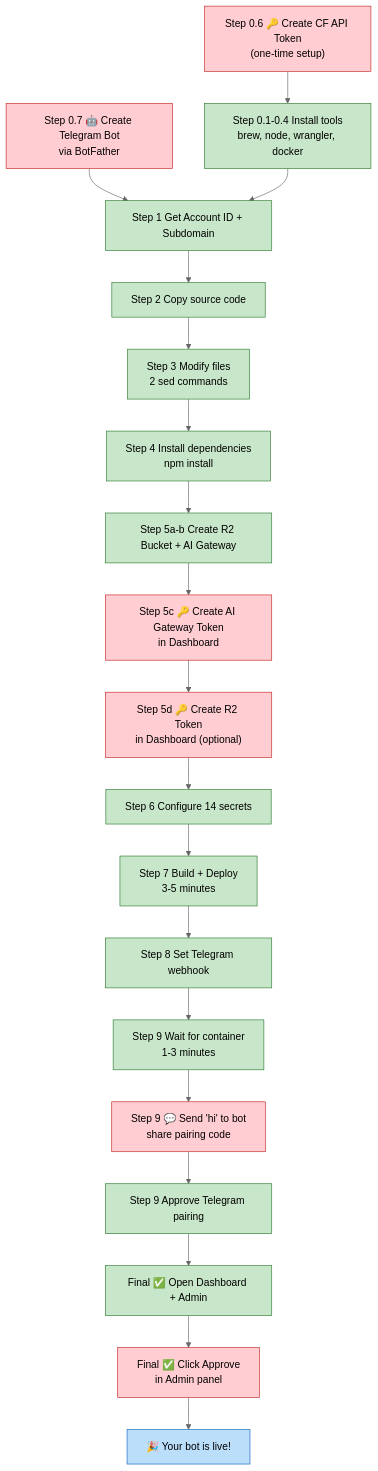
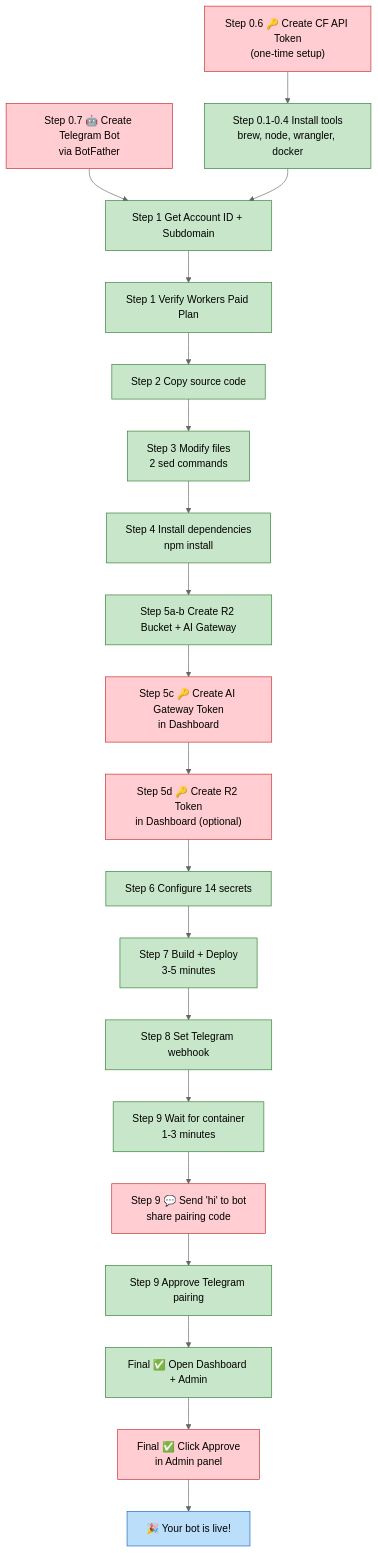
The first of 2 diagrams in README.md (laucw1213/deploy-openclaw), drawn with Mermaid (neutral theme) before and after one commit. The commit also changed other lines of this file, not shown here.

Commit message:
README: add plan verification step to table and flow diagram

````diff
--- a/README.md
+++ b/README.md
@@ -61,25 +61,26 @@
 ```mermaid
 flowchart TD
     S0U1["Step 0.6 🔑 Create CF API Token<br/>(one-time setup)"]:::user --> S0A1["Step 0.1-0.4 Install tools<br/>brew, node, wrangler, docker"]:::auto
     S0U2["Step 0.7 🤖 Create Telegram Bot<br/>via BotFather"]:::user --> S1["Step 1 Get Account ID + Subdomain"]:::auto
     S0A1 --> S1
-    S1 --> S2["Step 2 Copy source code"]:::auto
+    S1 --> S1V["Step 1 Verify Workers Paid Plan"]:::auto
+    S1V --> S2["Step 2 Copy source code"]:::auto
     S2 --> S3["Step 3 Modify files<br/>2 sed commands"]:::auto
     S3 --> S4["Step 4 Install dependencies<br/>npm install"]:::auto
     S4 --> S5AB["Step 5a-b Create R2 Bucket + AI Gateway"]:::auto
     S5AB --> S5C["Step 5c 🔑 Create AI Gateway Token<br/>in Dashboard"]:::user
     S5C --> S5D["Step 5d 🔑 Create R2 Token<br/>in Dashboard (optional)"]:::user
     S5D --> S6["Step 6 Configure 14 secrets"]:::auto
     S6 --> S7["Step 7 Build + Deploy<br/>3-5 minutes"]:::auto
     S7 --> S8["Step 8 Set Telegram webhook"]:::auto
     S8 --> S9W["Step 9 Wait for container<br/>1-3 minutes"]:::auto
     S9W --> S9U["Step 9 💬 Send 'hi' to bot<br/>share pairing code"]:::user
     S9U --> S9A["Step 9 Approve Telegram pairing"]:::auto
     S9A --> SF["Final ✅ Open Dashboard + Admin"]:::auto
     SF --> SFU["Final ✅ Click Approve<br/>in Admin panel"]:::user
     SFU --> Done["🎉 Your bot is live!"]:::done
 
     classDef user fill:#ffcdd2,stroke:#c62828,color:#000
     classDef auto fill:#c8e6c9,stroke:#2e7d32,color:#000
     classDef done fill:#bbdefb,stroke:#1565c0,color:#000
 ```
````
